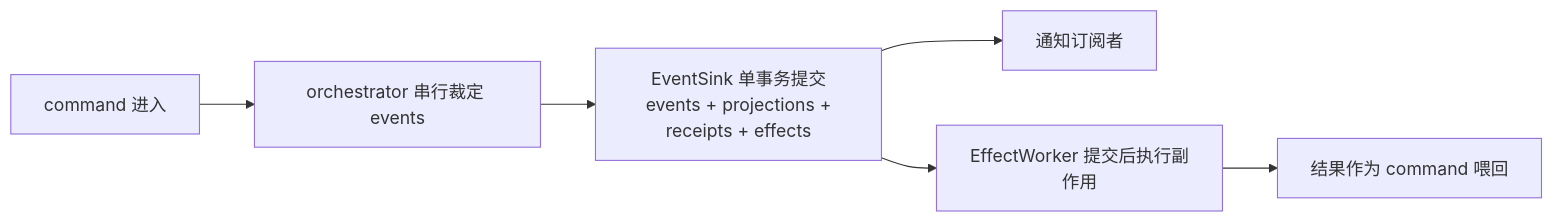
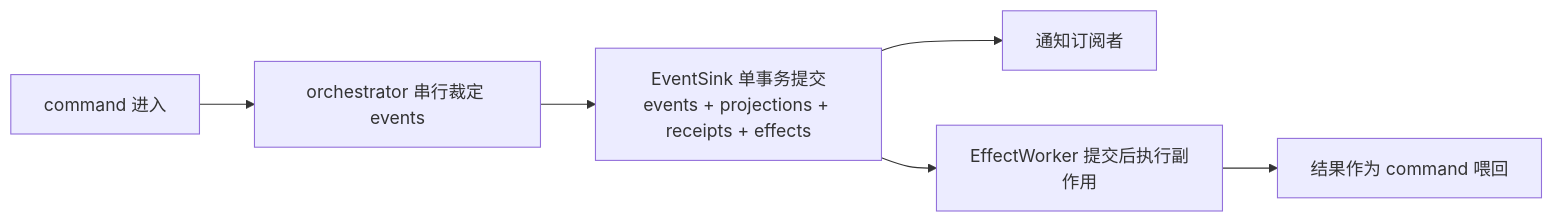
Before and after one commit to zhuguang-ZFG/claude-code-book: the diagram in t3code/ch16.md, drawn with Mermaid.

Commit message:
fix(book): 修正 T3 Code 第 16 章 Mermaid 的字面换行符

````diff
--- a/t3code/ch16.md
+++ b/t3code/ch16.md
@@ -12,8 +12,8 @@
 ```mermaid
 flowchart LR
   A[command 进入] --> B[orchestrator 串行裁定 events]
-  B --> C[EventSink 单事务提交\n events + projections + receipts + effects]
+  B --> C["EventSink 单事务提交<br/>events + projections + receipts + effects"]
   C --> D[通知订阅者]
   C --> E[EffectWorker 提交后执行副作用]
   E --> F[结果作为 command 喂回]
 ```
````
